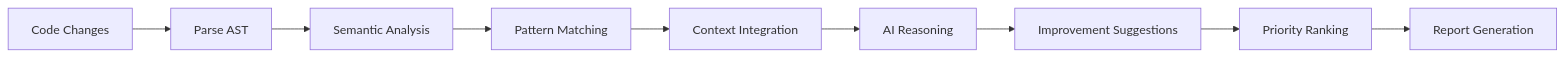
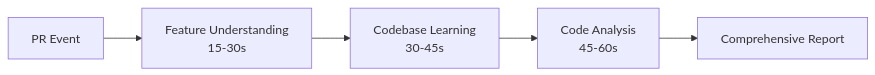
The diagram in apps/ai-conflict-resolver [in-dev]/CLAUDE.md (stolostron/ai-test-gen), drawn with Mermaid before and after one commit. The commit also changed other lines of this file and 27 other files, not shown here.

First line of the commit message:
Enhanced AI Code Review System with multi-agent architecture

````diff
--- a/apps/ai-conflict-resolver [in-dev]/CLAUDE.md
+++ b/apps/ai-conflict-resolver [in-dev]/CLAUDE.md
@@ -182,11 +24,7 @@
 ```mermaid
 graph LR
-    A[Code Changes] --> B[Parse AST]
-    B --> C[Semantic Analysis]
-    C --> D[Pattern Matching]
-    D --> E[Context Integration]
-    E --> F[AI Reasoning]
-    F --> G[Improvement Suggestions]
-    G --> H[Priority Ranking]
-    H --> I[Report Generation]
+    A[PR Event] --> B[Feature Understanding<br/>15-30s]
+    B --> C[Codebase Learning<br/>30-45s]  
+    C --> D[Code Analysis<br/>45-60s]
+    D --> E[Comprehensive Report]
 ```
````
